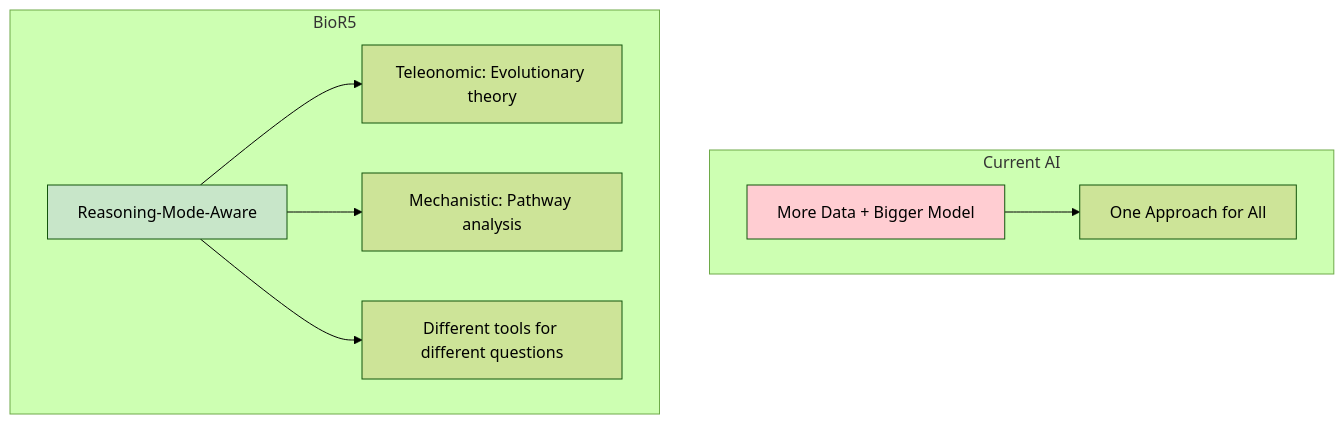
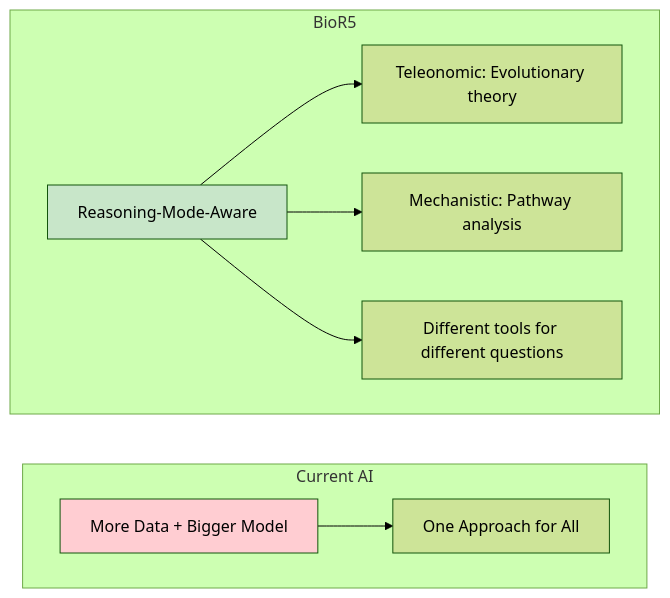
One commit to brettin/Biological-Reasoning changed the second of 6 diagrams in docs/source/slides/tpc25/diagrams.md. Above: the diagram before and after it, drawn with Mermaid (forest theme). The commit also changed other lines of this file, not shown here.

Commit message:
📝 docs(slides): update diagrams for slide 2 and reasoning trace
- switch mermaid graph direction from TB to LR for better layout
- add direction LR within subgraphs for clarity
- extend reasoning trace diagram with more objectives and tools
- use --x arrows for tool connections to reasoning nodes
- add placeholders for future objectives and results

````diff
--- a/docs/source/slides/tpc25/diagrams.md
+++ b/docs/source/slides/tpc25/diagrams.md
@@ -20,17 +20,19 @@
 ```mermaid
-graph TB
-    subgraph "Current AI"
-        CA[More Data + Bigger Model]
-        CA --> CAR[One Approach for All]
-    end
+graph LR
+subgraph "Current AI"
+direction LR
+CA[More Data + Bigger Model]
+CA --> CAR[One Approach for All]
+end
 
-    subgraph "BioR5"
-        BR[Reasoning-Mode-Aware]
-        BR --> BR1[Teleonomic: Evolutionary theory]
-        BR --> BR2[Mechanistic: Pathway analysis]
-        BR --> BR3[Different tools for different questions]
-    end
+subgraph "BioR5"
+direction LR
+BR[Reasoning-Mode-Aware]
+BR --> BR1[Teleonomic: Evolutionary theory]
+BR --> BR2[Mechanistic: Pathway analysis]
+BR --> BR3[Different tools for different questions]
+end
 
-    style CA fill:#ffcdd2
-    style BR fill:#c8e6c9
+style CA fill:#ffcdd2
+style BR fill:#c8e6c9
 ```
````
